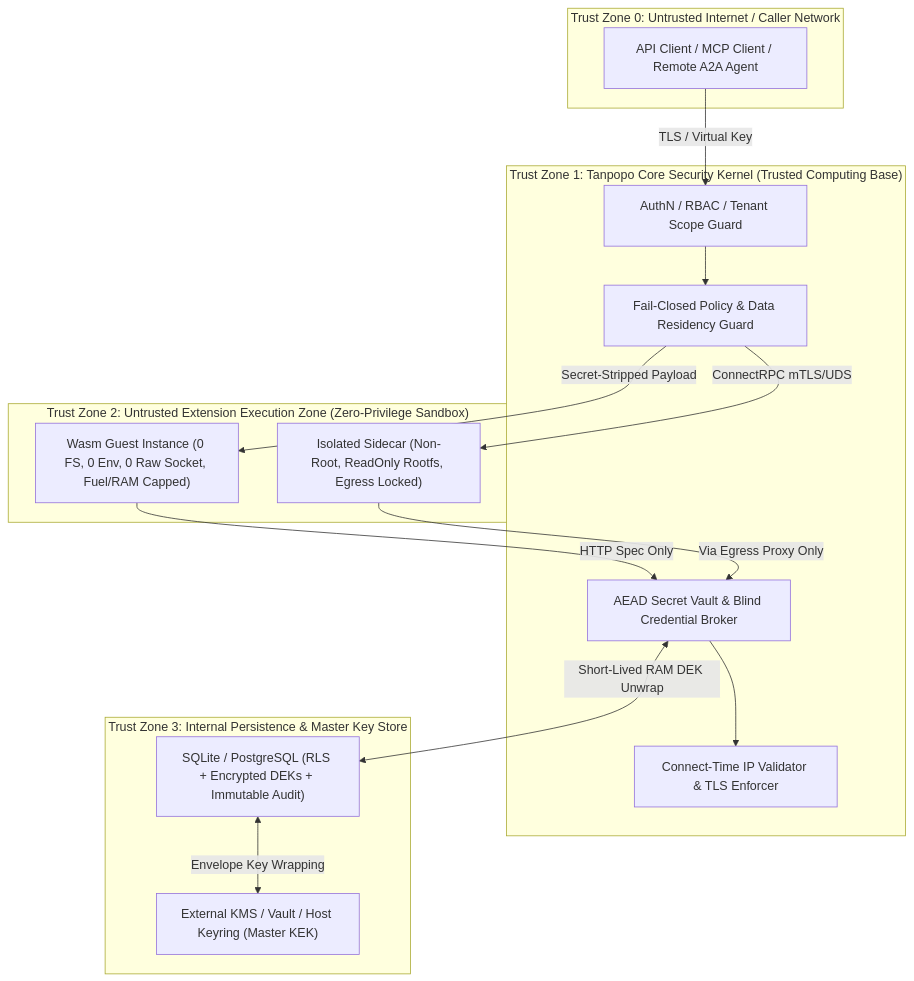
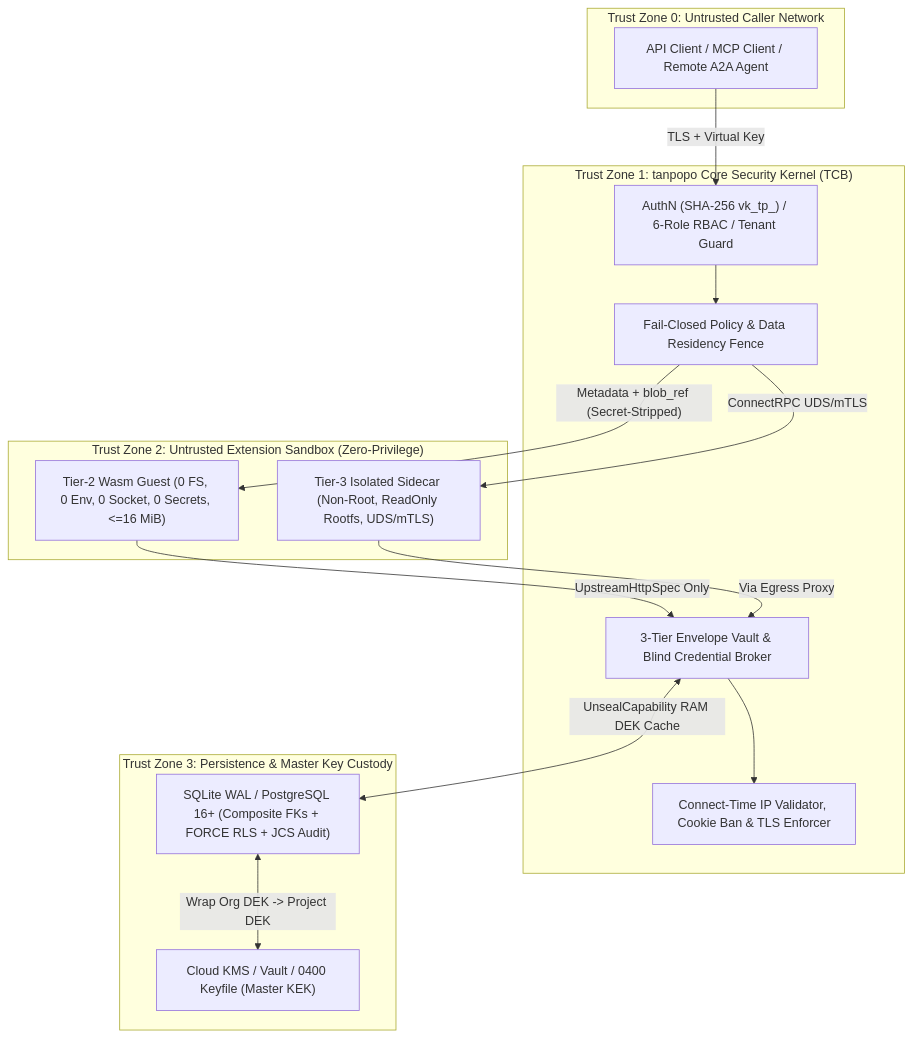
One commit to nguywnben/tanpopo changed the fourth of 4 diagrams in docs/architecture/system-design.md. Above: the diagram before and after it, drawn with Mermaid. The commit also changed other lines of this file and 70 other files, not shown here.

````diff
--- a/docs/architecture/system-design.md
+++ b/docs/architecture/system-design.md
@@ -238,33 +236,33 @@
 ```mermaid
 flowchart TB
-    subgraph TB0["Trust Zone 0: Untrusted Internet / Caller Network"]
+    subgraph TB0["Trust Zone 0: Untrusted Caller Network"]
         ExtCaller["API Client / MCP Client / Remote A2A Agent"]
     end
 
-    subgraph TB1["Trust Zone 1: Tanpopo Core Security Kernel (Trusted Computing Base)"]
-        AuthGate["AuthN / RBAC / Tenant Scope Guard"]
-        PolGate["Fail-Closed Policy & Data Residency Guard"]
-        VaultBroker["AEAD Secret Vault & Blind Credential Broker"]
-        SSRFGuard["Connect-Time IP Validator & TLS Enforcer"]
+    subgraph TB1["Trust Zone 1: tanpopo Core Security Kernel (TCB)"]
+        AuthGate["AuthN (SHA-256 vk_tp_) / 6-Role RBAC / Tenant Guard"]
+        PolGate["Fail-Closed Policy & Data Residency Fence"]
+        VaultBroker["3-Tier Envelope Vault & Blind Credential Broker"]
+        SSRFGuard["Connect-Time IP Validator, Cookie Ban & TLS Enforcer"]
     end
 
-    subgraph TB2["Trust Zone 2: Untrusted Extension Execution Zone (Zero-Privilege Sandbox)"]
-        WasmBox["Wasm Guest Instance (0 FS, 0 Env, 0 Raw Socket, Fuel/RAM Capped)"]
-        SidecarBox["Isolated Sidecar (Non-Root, ReadOnly Rootfs, Egress Locked)"]
+    subgraph TB2["Trust Zone 2: Untrusted Extension Sandbox (Zero-Privilege)"]
+        WasmBox["Tier-2 Wasm Guest (0 FS, 0 Env, 0 Socket, 0 Secrets, <=16 MiB)"]
+        SidecarBox["Tier-3 Isolated Sidecar (Non-Root, ReadOnly Rootfs, UDS/mTLS)"]
     end
 
-    subgraph TB3["Trust Zone 3: Internal Persistence & Master Key Store"]
-        RelDB["SQLite / PostgreSQL (RLS + Encrypted DEKs + Immutable Audit)"]
-        MasterKMS["External KMS / Vault / Host Keyring (Master KEK)"]
+    subgraph TB3["Trust Zone 3: Persistence & Master Key Custody"]
+        RelDB["SQLite WAL / PostgreSQL 16+ (Composite FKs + FORCE RLS + JCS Audit)"]
+        MasterKMS["Cloud KMS / Vault / 0400 Keyfile (Master KEK)"]
     end
 
-    ExtCaller -->|"TLS / Virtual Key"| AuthGate
+    ExtCaller -->|"TLS + Virtual Key"| AuthGate
     AuthGate --> PolGate
-    PolGate -->|"Secret-Stripped Payload"| WasmBox
-    PolGate -->|"ConnectRPC mTLS/UDS"| SidecarBox
-    WasmBox -->|"HTTP Spec Only"| VaultBroker
-    SidecarBox -->|"Via Egress Proxy Only"| VaultBroker
+    PolGate -->|"Metadata + blob_ref (Secret-Stripped)"| WasmBox
+    PolGate -->|"ConnectRPC UDS/mTLS"| SidecarBox
+    WasmBox -->|"UpstreamHttpSpec Only"| VaultBroker
+    SidecarBox -->|"Via Egress Proxy"| VaultBroker
     VaultBroker --> SSRFGuard
-    VaultBroker <-->|"Short-Lived RAM DEK Unwrap"| RelDB
-    RelDB <-->|"Envelope Key Wrapping"| MasterKMS
+    VaultBroker <-->|"UnsealCapability RAM DEK Cache"| RelDB
+    RelDB <-->|"Wrap Org DEK -> Project DEK"| MasterKMS
 ```
````
